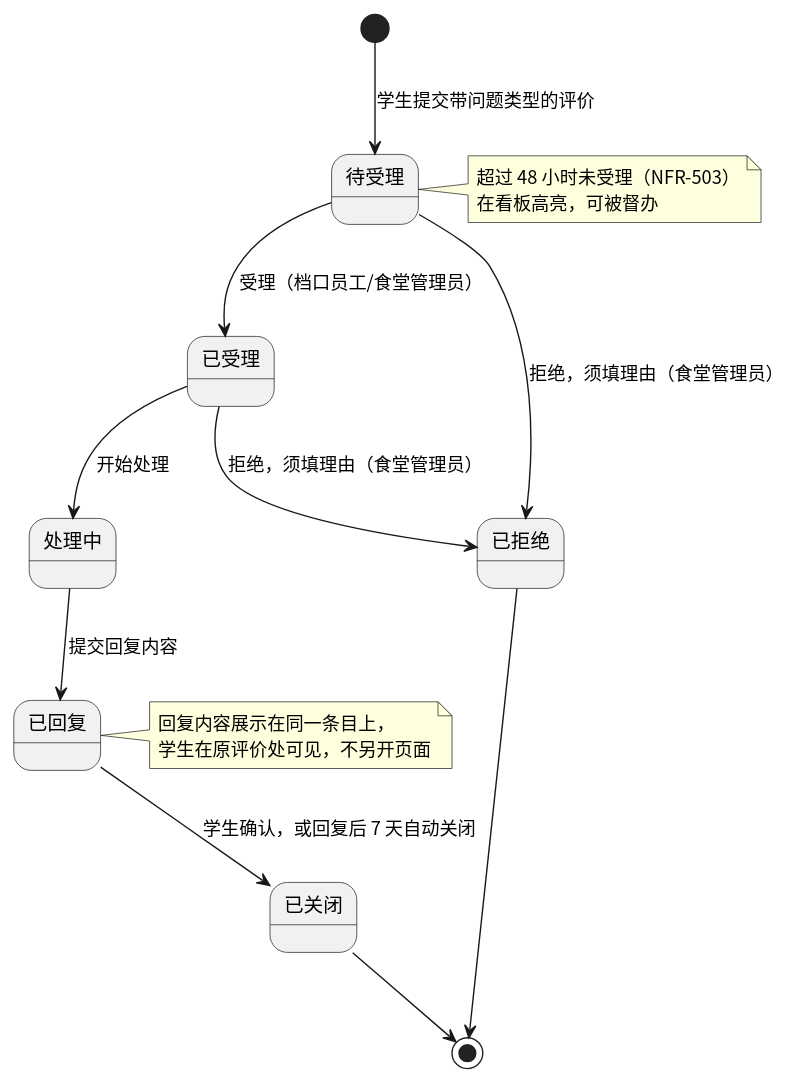
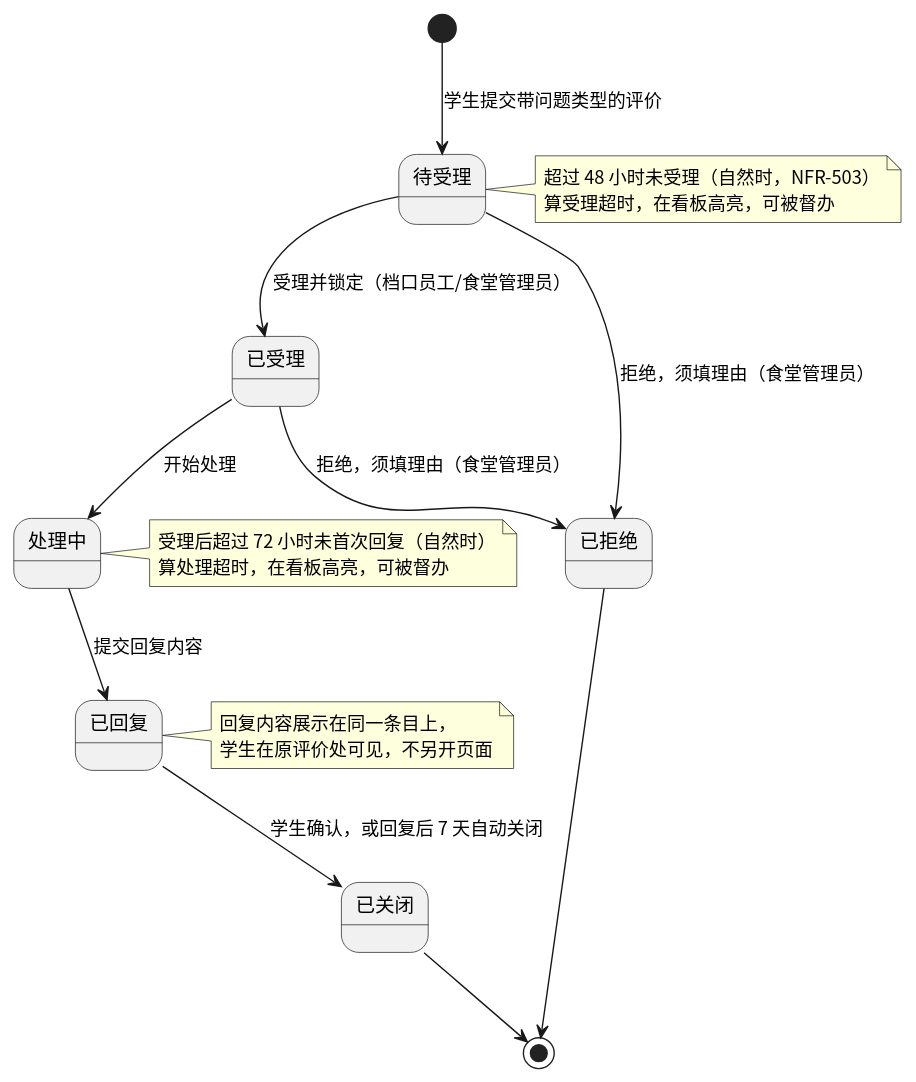
The diagram in docs/assets/srs/feedback-state.puml (tju-se-design/foodview), drawn with PlantUML before and after one commit. The commit also changed 2 other files, not shown here.

```diff
--- a/docs/assets/srs/feedback-state.puml
+++ b/docs/assets/srs/feedback-state.puml
@@ -1,22 +1,27 @@
 @startuml
 skinparam defaultFontName "Noto Sans CJK SC"
 [*] --> 待受理 : 学生提交带问题类型的评价
-待受理 --> 已受理 : 受理（档口员工/食堂管理员）
+待受理 --> 已受理 : 受理并锁定（档口员工/食堂管理员）
 待受理 --> 已拒绝 : 拒绝，须填理由（食堂管理员）
 已受理 --> 处理中 : 开始处理
 已受理 --> 已拒绝 : 拒绝，须填理由（食堂管理员）
 处理中 --> 已回复 : 提交回复内容
 已回复 --> 已关闭 : 学生确认，或回复后 7 天自动关闭
 已拒绝 --> [*]
 已关闭 --> [*]
 
 note right of 已回复
   回复内容展示在同一条目上，
   学生在原评价处可见，不另开页面
 end note
 
 note right of 待受理
-  超过 48 小时未受理（NFR-503）
-  在看板高亮，可被督办
+  超过 48 小时未受理（自然时，NFR-503）
+  算受理超时，在看板高亮，可被督办
+end note
+
+note right of 处理中
+  受理后超过 72 小时未首次回复（自然时）
+  算处理超时，在看板高亮，可被督办
 end note
 @enduml
```
